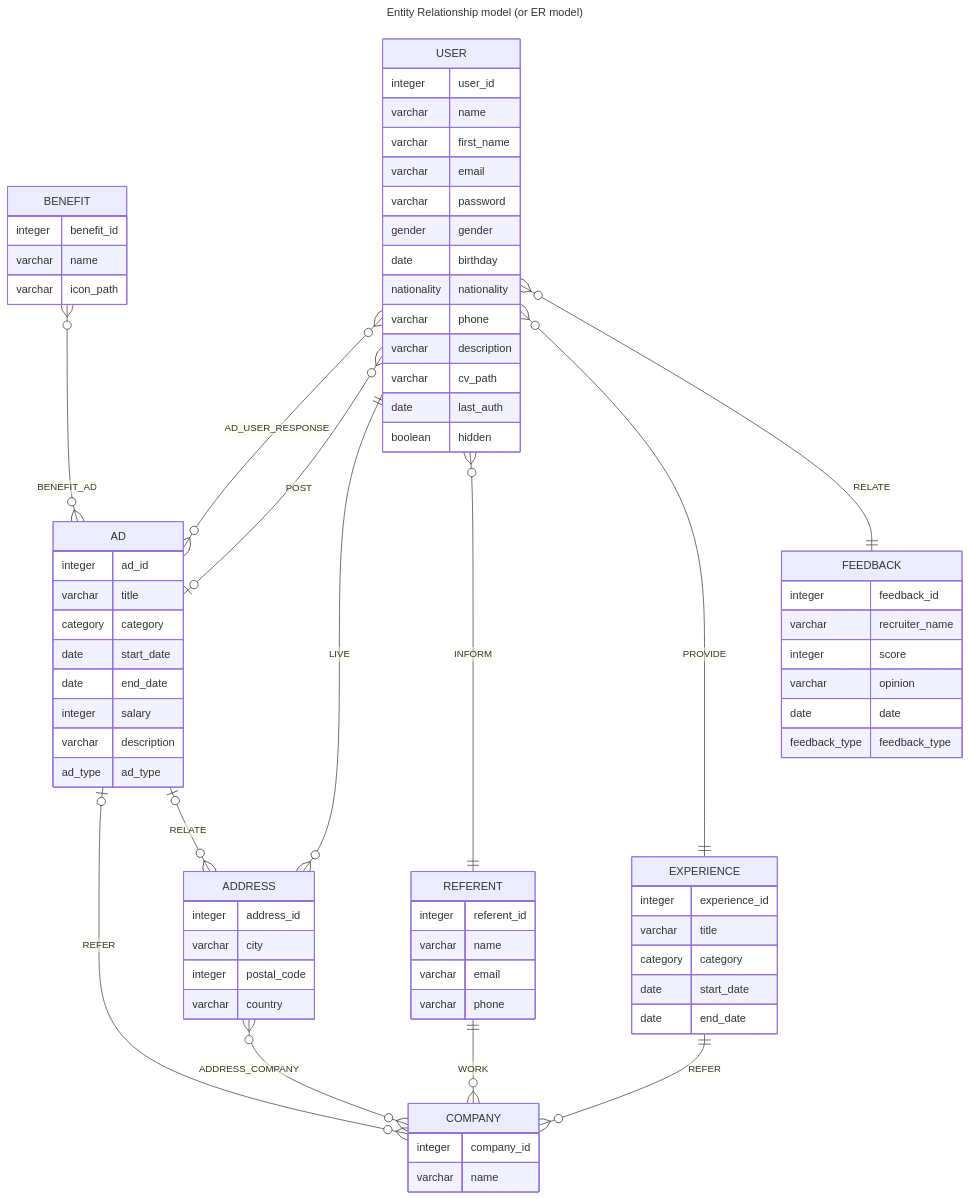
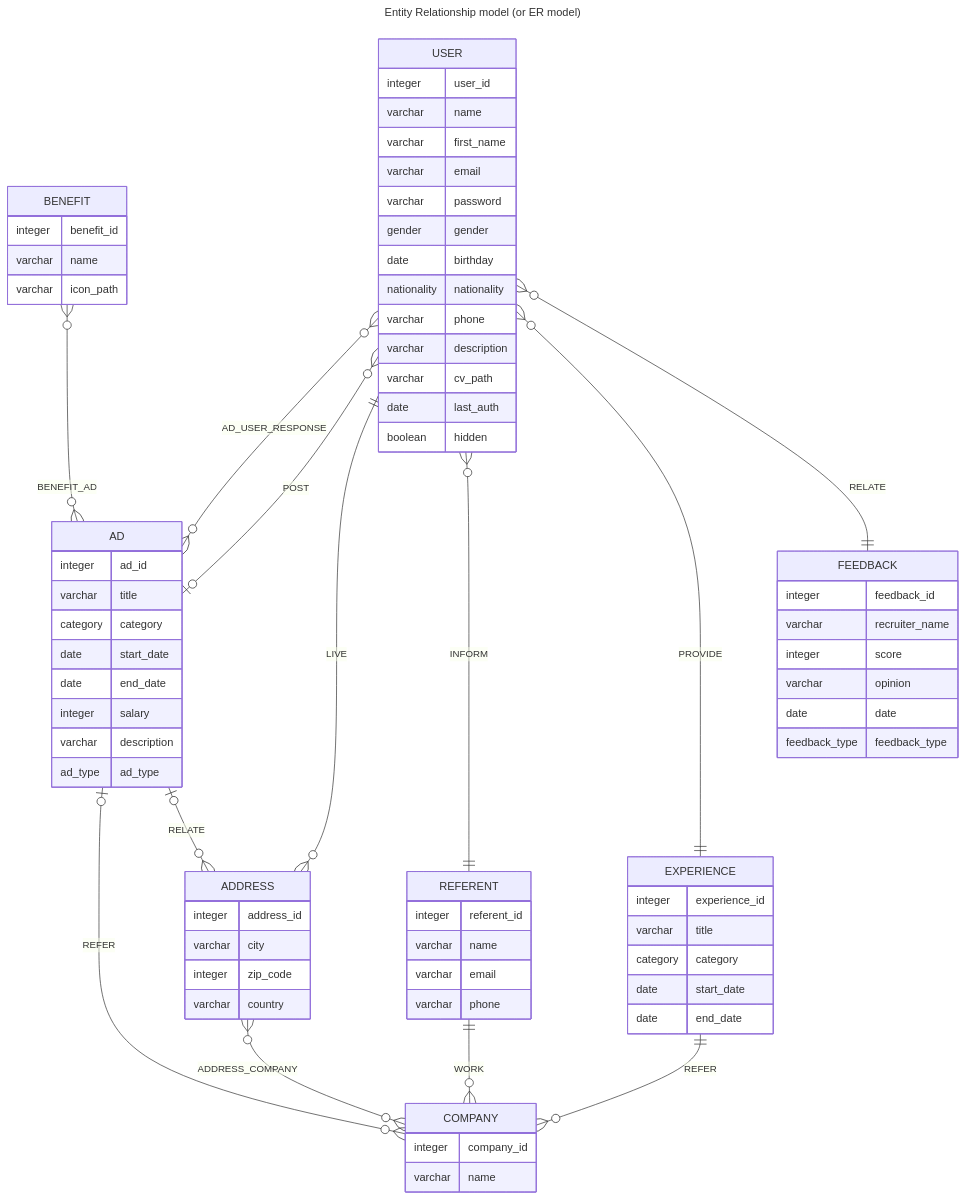
One commit to sylvain-pierrot/seasonal-workers changed the diagram in Documentation/RDBMS.md. Above: the diagram before and after it, drawn with Mermaid.

Commit message:
Update RDBMS.md (#31)

````diff
--- a/Documentation/RDBMS.md
+++ b/Documentation/RDBMS.md
@@ -28,79 +28,79 @@
 ```mermaid
 ---
 title: Entity Relationship model (or ER model)
 ---
 erDiagram
     BENEFIT {
         integer benefit_id
         varchar name
         varchar icon_path
     }
     AD {
         integer ad_id
         varchar title
         category category
         date start_date
         date end_date
         integer salary
         varchar description
         ad_type ad_type
     }
     COMPANY {
         integer company_id
         varchar name
     }
     EXPERIENCE {
         integer experience_id
         varchar title
         category category
         date start_date
         date end_date
     }
     USER {
         integer user_id
         varchar name
         varchar first_name
         varchar email
         varchar password
         gender gender
         date birthday
         nationality nationality
         varchar phone
         varchar description
         varchar cv_path
         date last_auth
         boolean hidden
     }
     ADDRESS {
         integer address_id
         varchar city
-        integer postal_code
+        integer zip_code
         varchar country
     }
     REFERENT {
         integer referent_id
         varchar name
         varchar email
         varchar phone
     }
     FEEDBACK {
         integer feedback_id
         varchar recruiter_name
         integer score
         varchar opinion
         date date
         feedback_type feedback_type
     }
     BENEFIT o{--}o AD : "BENEFIT_AD"
     AD o|--}o COMPANY : "REFER"
     AD o|--}o ADDRESS : "RELATE"
     USER o{--}o AD : "AD_USER_RESPONSE"
     EXPERIENCE ||--}o COMPANY : "REFER"
     USER o{--o| AD : "POST"
     USER ||--}o ADDRESS : "LIVE"
     USER o{--|| REFERENT : "INFORM"
     USER o{--|| EXPERIENCE : "PROVIDE"
     USER o{--|| FEEDBACK : "RELATE"
     ADDRESS o{--}o COMPANY : "ADDRESS_COMPANY"
     REFERENT ||--}o COMPANY : "WORK"
 ```
````
